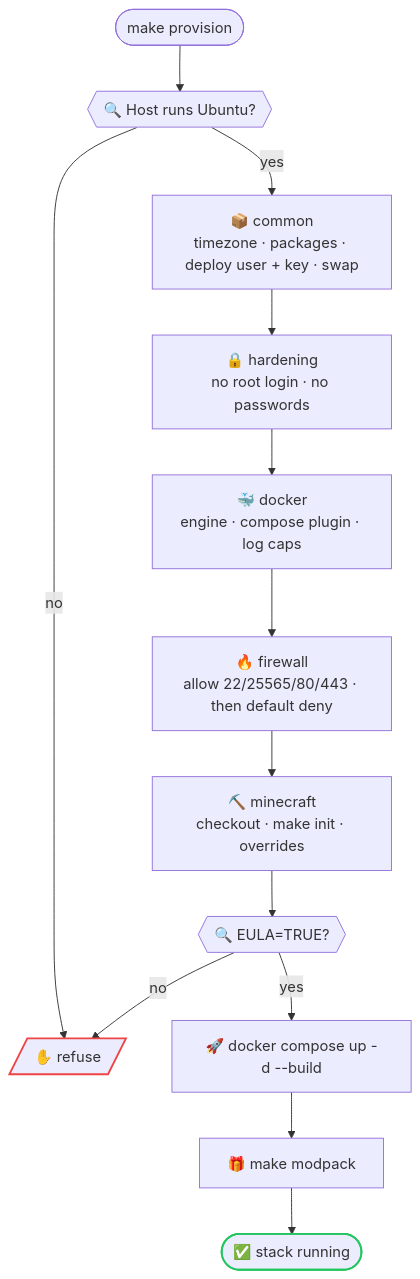
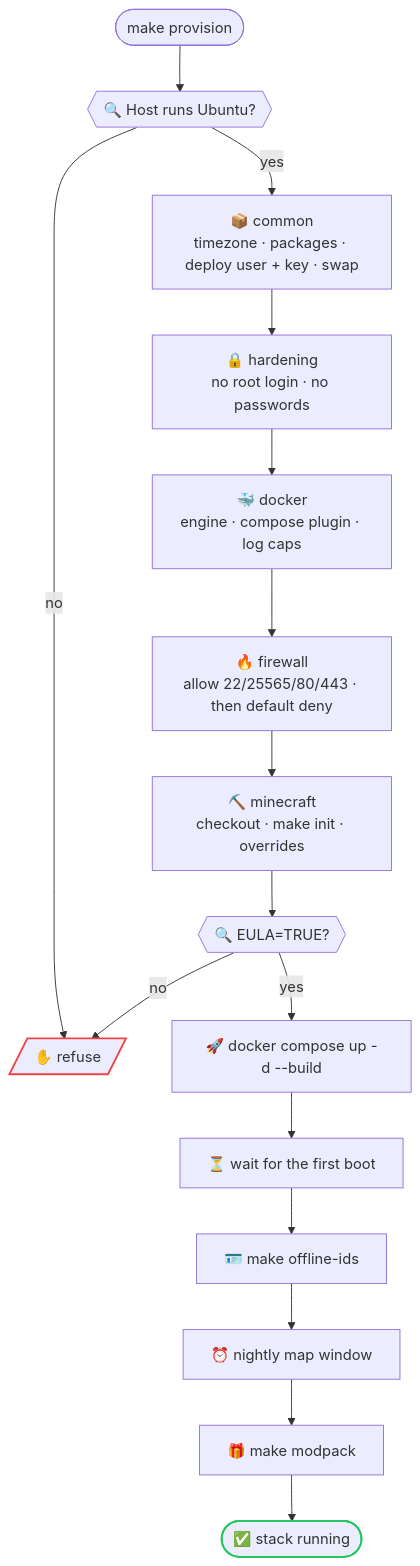
One commit to sacrificed666/minecraft-server changed the first of 2 diagrams in ansible/README.md. Above: the diagram before and after it, drawn with Mermaid. The commit also changed other lines of this file and 90 other files, not shown here.

````diff
--- a/ansible/README.md
+++ b/ansible/README.md
@@ -50,18 +60,21 @@
 ```mermaid
 flowchart TD
     Start([make provision]) --> Ubuntu{{"🔍 Host runs Ubuntu?"}}
     Ubuntu -- no --> Stop[/"✋ refuse"/]
     Ubuntu -- yes --> Common["📦 common<br/>timezone · packages · deploy user + key · swap"]
     Common --> Hardening["🔒 hardening<br/>no root login · no passwords"]
     Hardening --> Docker["🐳 docker<br/>engine · compose plugin · log caps"]
     Docker --> Firewall["🔥 firewall<br/>allow 22/25565/80/443 · then default deny"]
     Firewall --> Minecraft["⛏️ minecraft<br/>checkout · make init · overrides"]
     Minecraft --> Eula{{"🔍 EULA=TRUE?"}}
     Eula -- no --> Stop
     Eula -- yes --> Up["🚀 docker compose up -d --build"]
-    Up --> Modpack["🎁 make modpack"]
+    Up --> Boot["⏳ wait for the first boot"]
+    Boot --> Ids["🪪 make offline-ids"]
+    Ids --> Cron["⏰ nightly map window"]
+    Cron --> Modpack["🎁 make modpack"]
     Modpack --> Done([✅ stack running])
 
     style Stop stroke:#ef4444,stroke-width:2px
     style Done stroke:#22c55e,stroke-width:2px
 ```
````
